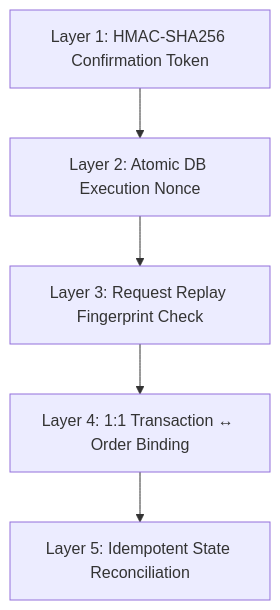
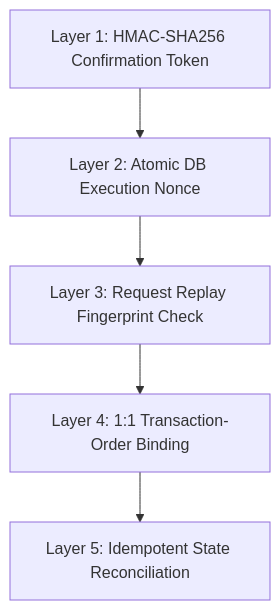
The second of 2 diagrams in README.md (SanthaKumar-K-2004/mandate-gateway), drawn with Mermaid before and after one commit. The commit also changed other lines of this file, not shown here.

Commit message:
fix(docs): quote Mermaid edge labels to fix GitHub Markdown diagram rendering

````diff
--- a/README.md
+++ b/README.md
@@ -125,7 +116,7 @@
 ```mermaid
 graph TD
     L1["Layer 1: HMAC-SHA256 Confirmation Token"] --> L2["Layer 2: Atomic DB Execution Nonce"]
     L2 --> L3["Layer 3: Request Replay Fingerprint Check"]
-    L3 --> L4["Layer 4: 1:1 Transaction ↔ Order Binding"]
+    L3 --> L4["Layer 4: 1:1 Transaction-Order Binding"]
     L4 --> L5["Layer 5: Idempotent State Reconciliation"]
 ```
````
